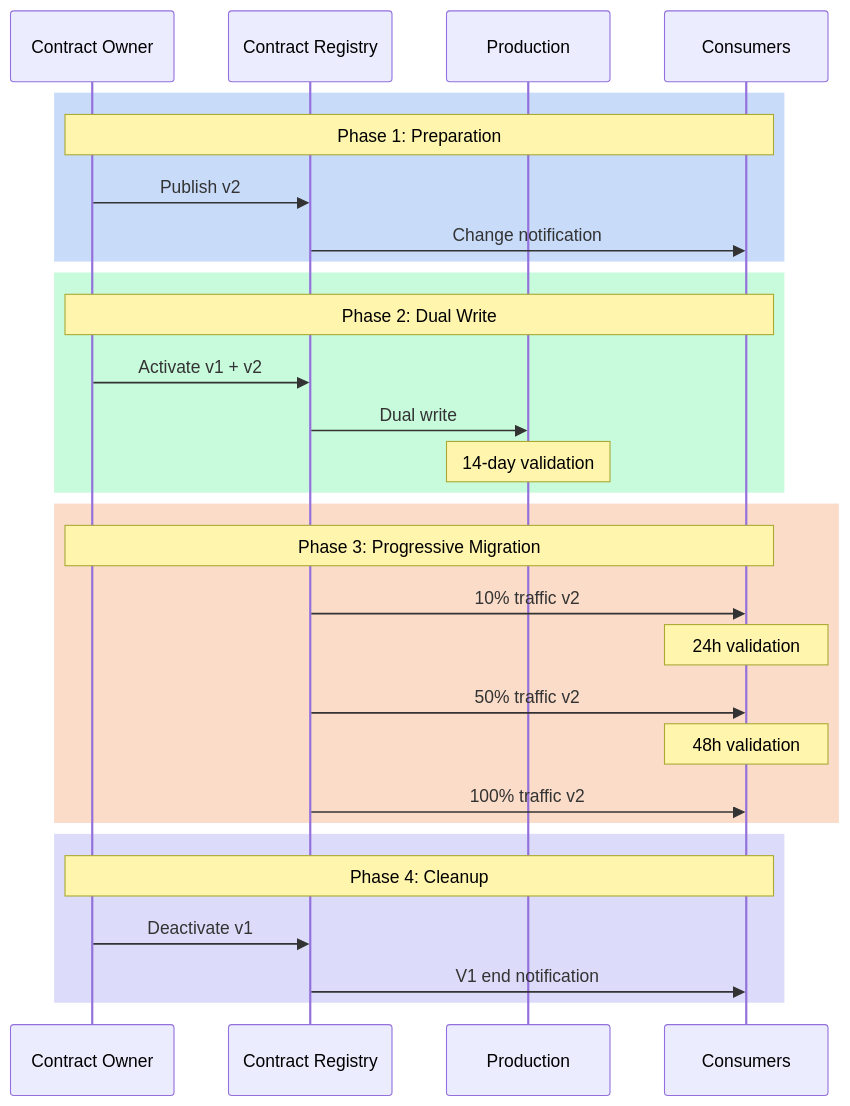
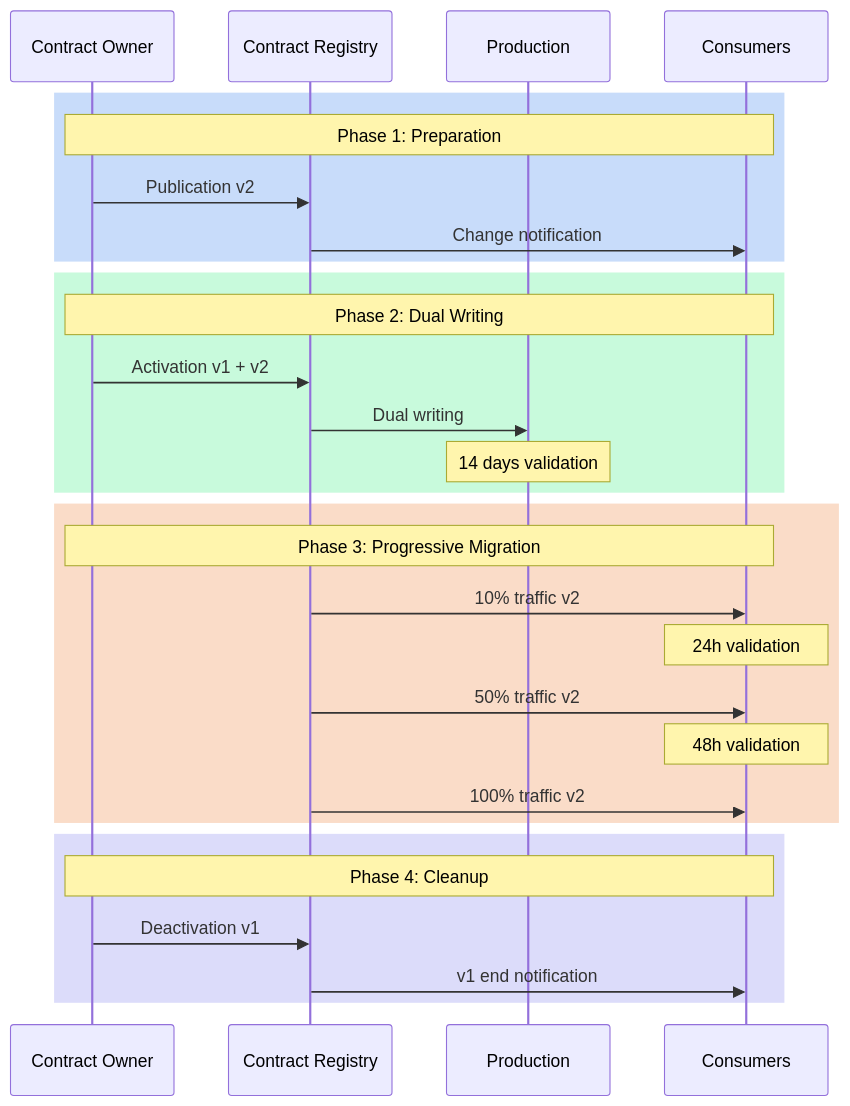
One commit to monmaya/pyb-data-contracts changed the first of 2 diagrams in docs/en/articles/03-workflow-and-versioning.md. Above: the diagram before and after it, drawn with Mermaid. The commit also changed other lines of this file and 10 other files, not shown here.

````diff
--- a/docs/en/articles/03-workflow-and-versioning.md
+++ b/docs/en/articles/03-workflow-and-versioning.md
@@ -21,35 +18,35 @@
 ```mermaid
 sequenceDiagram
     participant Owner as Contract Owner
     participant Registry as Contract Registry
     participant Prod as Production
     participant Consumers as Consumers
 
     rect rgb(200, 220, 250)
         Note over Owner,Consumers: Phase 1: Preparation
-        Owner->>Registry: Publish v2
+        Owner->>Registry: Publication v2
         Registry->>Consumers: Change notification
     end
 
     rect rgb(200, 250, 220)
-        Note over Owner,Consumers: Phase 2: Dual Write
-        Owner->>Registry: Activate v1 + v2
-        Registry->>Prod: Dual write
-        Note over Prod: 14-day validation
+        Note over Owner,Consumers: Phase 2: Dual Writing
+        Owner->>Registry: Activation v1 + v2
+        Registry->>Prod: Dual writing
+        Note over Prod: 14 days validation
     end
 
     rect rgb(250, 220, 200)
         Note over Owner,Consumers: Phase 3: Progressive Migration
         Registry->>Consumers: 10% traffic v2
         Note over Consumers: 24h validation
         Registry->>Consumers: 50% traffic v2
         Note over Consumers: 48h validation
         Registry->>Consumers: 100% traffic v2
     end
 
     rect rgb(220, 220, 250)
         Note over Owner,Consumers: Phase 4: Cleanup
-        Owner->>Registry: Deactivate v1
-        Registry->>Consumers: V1 end notification
+        Owner->>Registry: Deactivation v1
+        Registry->>Consumers: v1 end notification
     end
 ```
````
